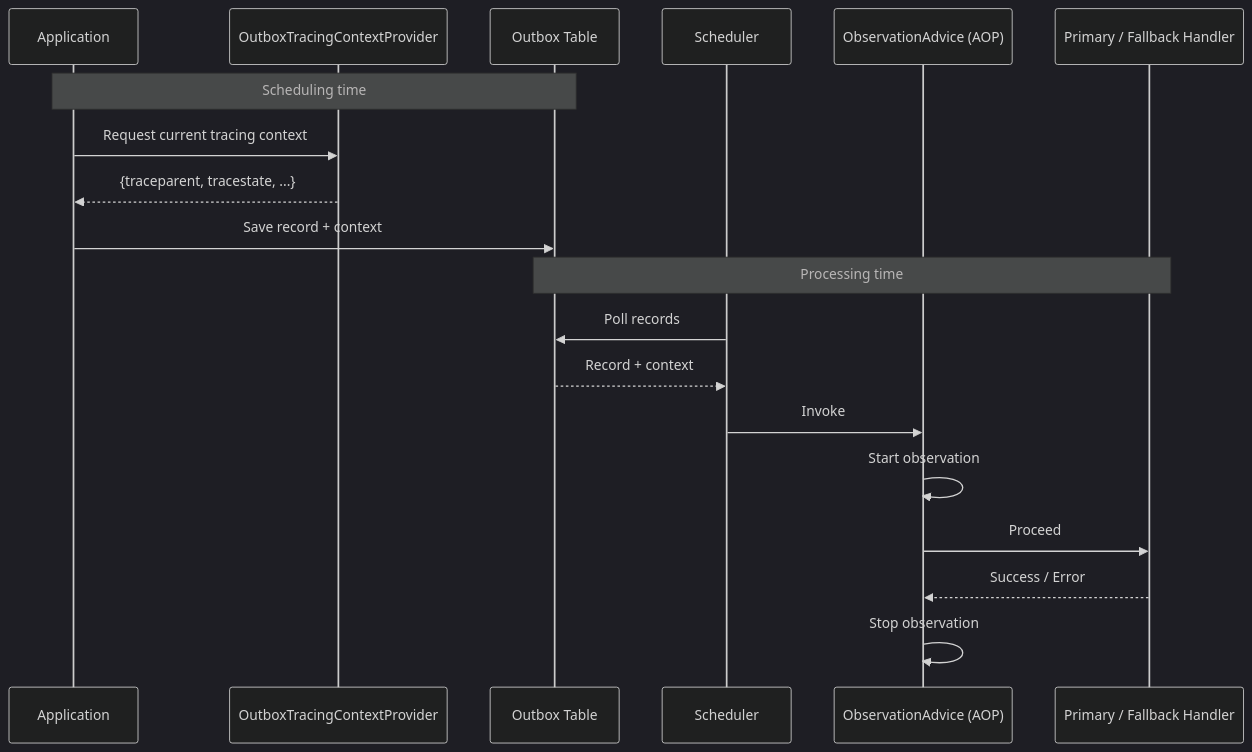
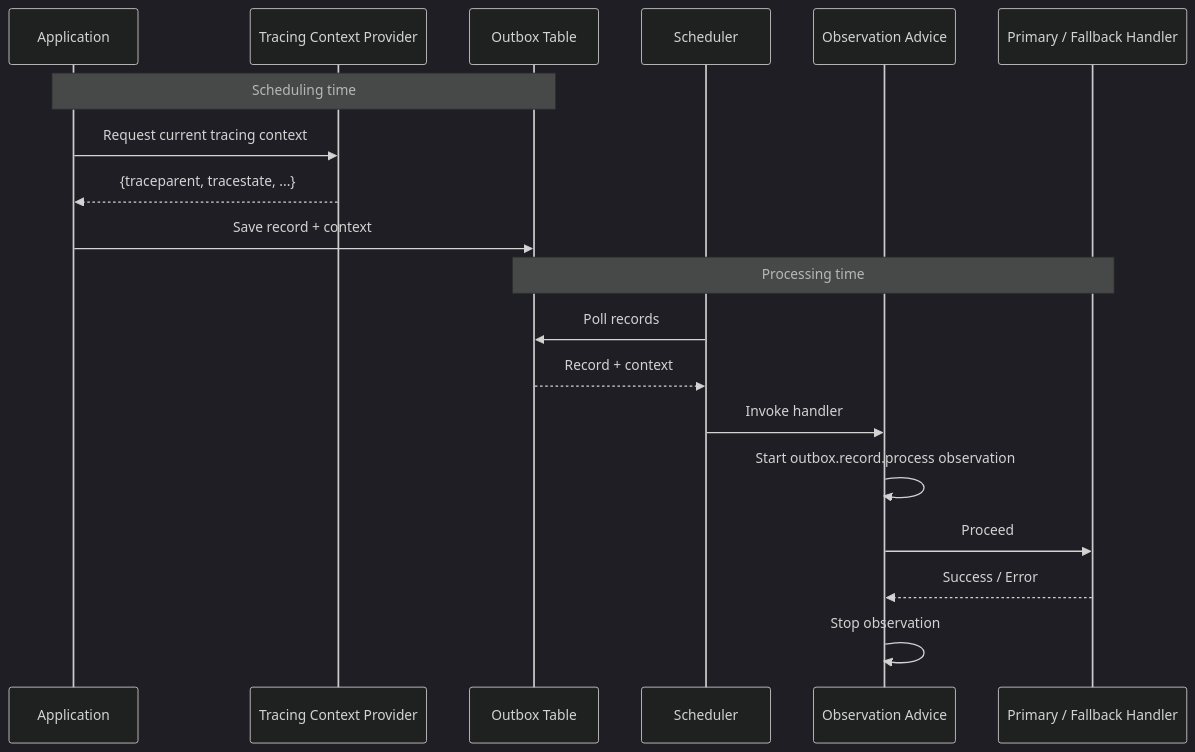
The diagram in docs/reference/observability.md (namastack/namastack-website), drawn with Mermaid (dark theme) before and after one commit. The commit also changed other lines of this file and 4 other files, not shown here.

````diff
--- a/docs/reference/observability.md
+++ b/docs/reference/observability.md
@@ -157,24 +193,23 @@
 ```mermaid
 sequenceDiagram
     participant App as Application
-    participant Provider as OutboxTracingContextProvider
+    participant Provider as Tracing Context Provider
     participant DB as Outbox Table
     participant Scheduler as Scheduler
-    participant Advice as ObservationAdvice (AOP)
+    participant Advice as Observation Advice
     participant Handler as Primary / Fallback Handler
 
     Note over App,DB: Scheduling time
     App->>Provider: Request current tracing context
     Provider-->>App: {traceparent, tracestate, ...}
     App->>DB: Save record + context
 
     Note over DB,Handler: Processing time
     Scheduler->>DB: Poll records
     DB-->>Scheduler: Record + context
-    
-    Scheduler->>Advice: Invoke
-    Advice->>Advice: Start observation
+    Scheduler->>Advice: Invoke handler
+    Advice->>Advice: Start outbox.record.process observation
     Advice->>Handler: Proceed
     Handler-->>Advice: Success / Error
     Advice->>Advice: Stop observation
 ```
````
